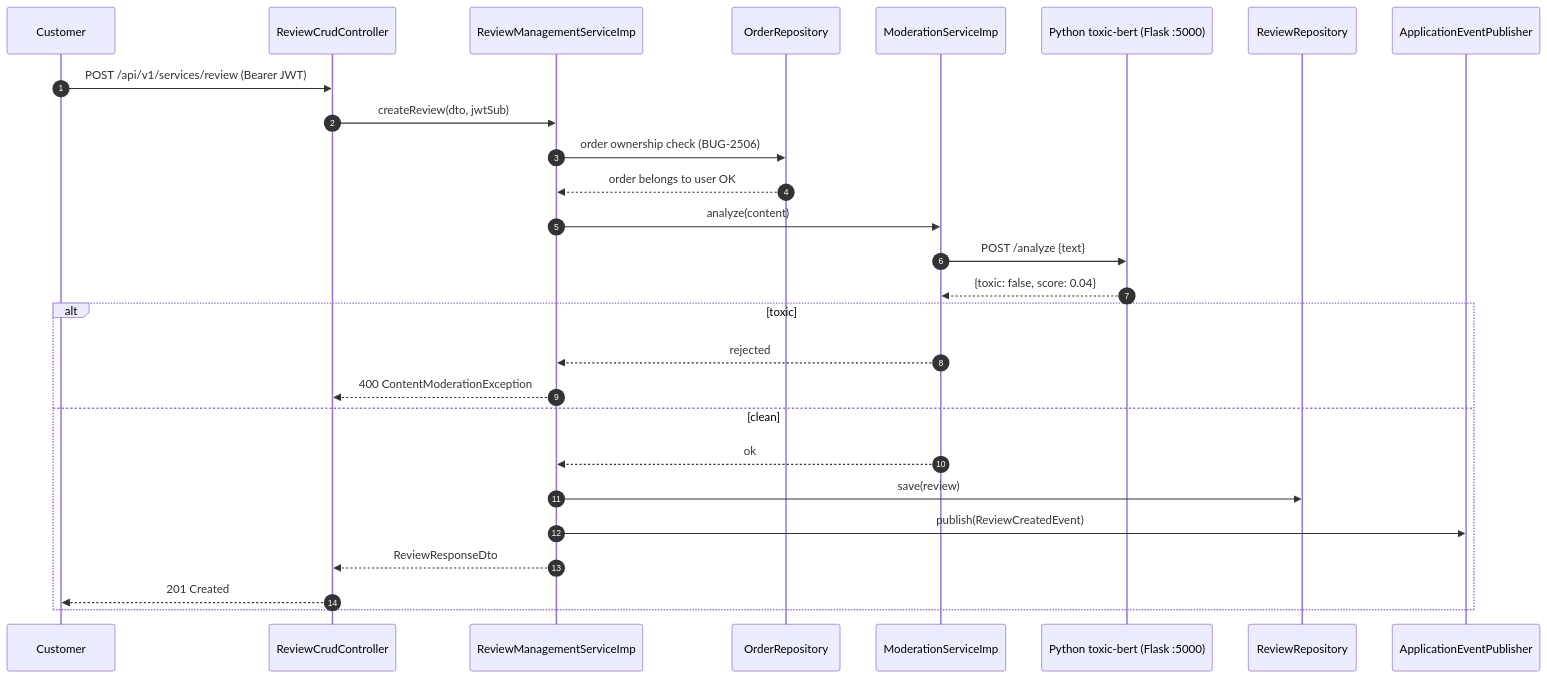
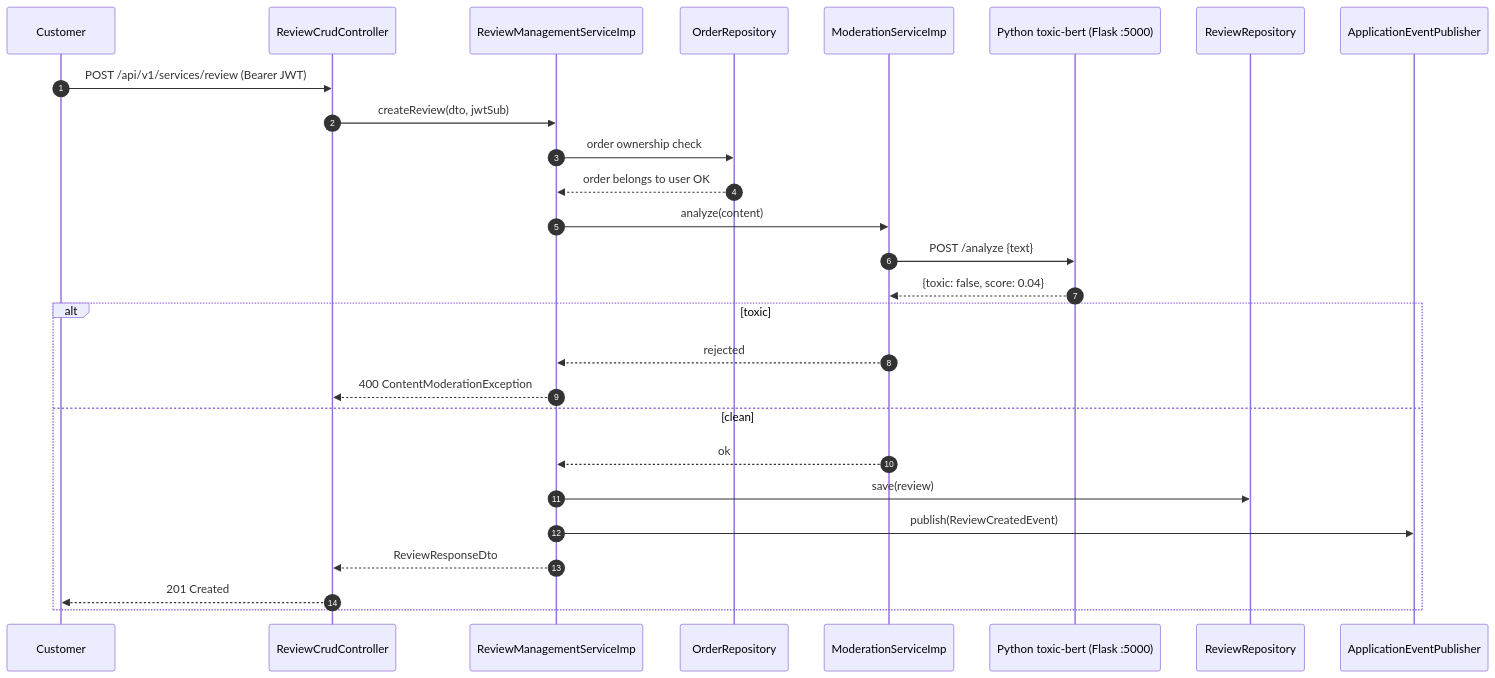
One commit to ZETROV93XB47/cybertech-Ecommerce changed the ninth of 9 diagrams in readme.md. Above: the diagram before and after it, drawn with Mermaid. The commit also changed other lines of this file and 73 other files, not shown here.

````diff
--- a/readme.md
+++ b/readme.md
@@ -430,30 +430,30 @@
 ```mermaid
 sequenceDiagram
     autonumber
     participant C as Customer
     participant API as ReviewCrudController
     participant SVC as ReviewManagementServiceImp
     participant OR as OrderRepository
     participant MD as ModerationServiceImp
     participant PY as Python toxic-bert (Flask :5000)
     participant DB as ReviewRepository
     participant E as ApplicationEventPublisher
 
     C->>API: POST /api/v1/services/review (Bearer JWT)
     API->>SVC: createReview(dto, jwtSub)
-    SVC->>OR: order ownership check (BUG-2506)
+    SVC->>OR: order ownership check
     OR-->>SVC: order belongs to user OK
     SVC->>MD: analyze(content)
     MD->>PY: POST /analyze {text}
     PY-->>MD: {toxic: false, score: 0.04}
     alt toxic
         MD-->>SVC: rejected
         SVC-->>API: 400 ContentModerationException
     else clean
         MD-->>SVC: ok
         SVC->>DB: save(review)
         SVC->>E: publish(ReviewCreatedEvent)
         SVC-->>API: ReviewResponseDto
         API-->>C: 201 Created
     end
 ```
````
